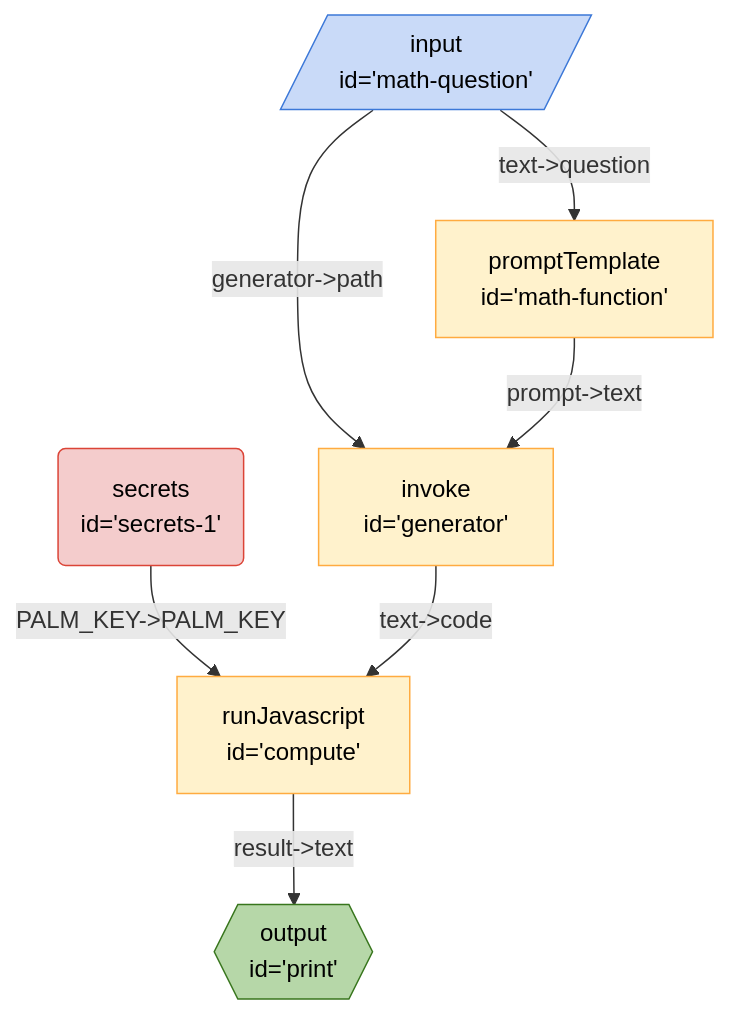
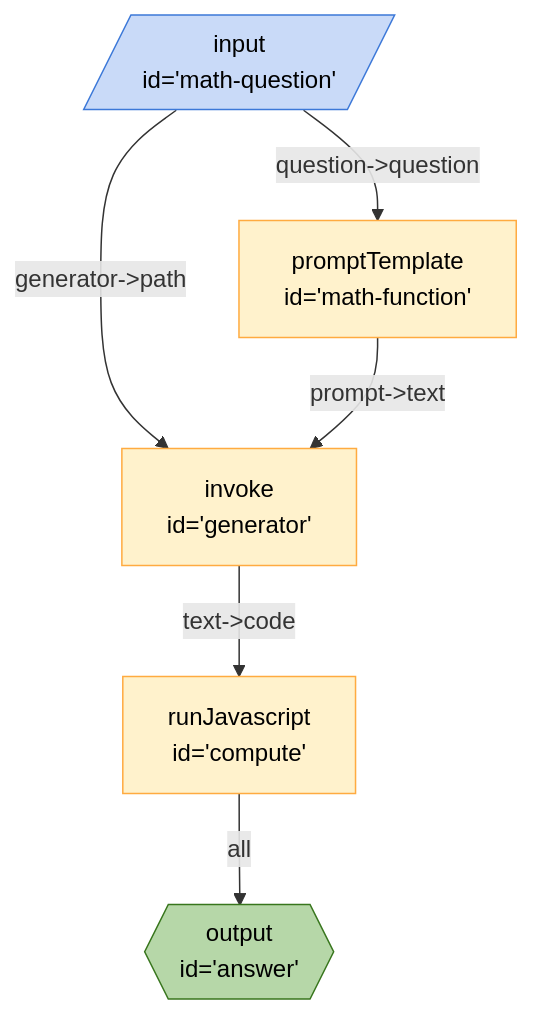
Before and after one commit to breadboard-ai/breadboard: the diagram in seeds/breadboard-web/docs/graphs/math.md, drawn with Mermaid. The commit also changed 2 other files, not shown here.

Commit message:
start on maths

````diff
--- a/seeds/breadboard-web/docs/graphs/math.md
+++ b/seeds/breadboard-web/docs/graphs/math.md
@@ -3,18 +3,17 @@
 ```mermaid
 %%{init: 'themeVariables': { 'fontFamily': 'Fira Code, monospace' }}%%
 graph TD;
+compute["runJavascript <br> id='compute'"] -- all --> answer{{"output <br> id='answer'"}}:::output
+generator["invoke <br> id='generator'"] -- "text->code" --> compute["runJavascript <br> id='compute'"]
+mathquestion[/"input <br> id='math-question'"/]:::input -- "question->question" --> mathfunction["promptTemplate <br> id='math-function'"]
 mathquestion[/"input <br> id='math-question'"/]:::input -- "generator->path" --> generator["invoke <br> id='generator'"]
-compute["runJavascript <br> id='compute'"] -- "result->text" --> print{{"output <br> id='print'"}}:::output
-secrets1("secrets <br> id='secrets-1'"):::secrets -- "PALM_KEY->PALM_KEY" --> compute["runJavascript <br> id='compute'"]
-generator["invoke <br> id='generator'"] -- "text->code" --> compute["runJavascript <br> id='compute'"]
 mathfunction["promptTemplate <br> id='math-function'"] -- "prompt->text" --> generator["invoke <br> id='generator'"]
-mathquestion[/"input <br> id='math-question'"/]:::input -- "text->question" --> mathfunction["promptTemplate <br> id='math-function'"]
 classDef default stroke:#ffab40,fill:#fff2ccff,color:#000
 classDef input stroke:#3c78d8,fill:#c9daf8ff,color:#000
 classDef output stroke:#38761d,fill:#b6d7a8ff,color:#000
 classDef passthrough stroke:#a64d79,fill:#ead1dcff,color:#000
 classDef slot stroke:#a64d79,fill:#ead1dcff,color:#000
 classDef config stroke:#a64d79,fill:#ead1dcff,color:#000
 classDef secrets stroke:#db4437,fill:#f4cccc,color:#000
 classDef slotted stroke:#a64d79
 ```
````
